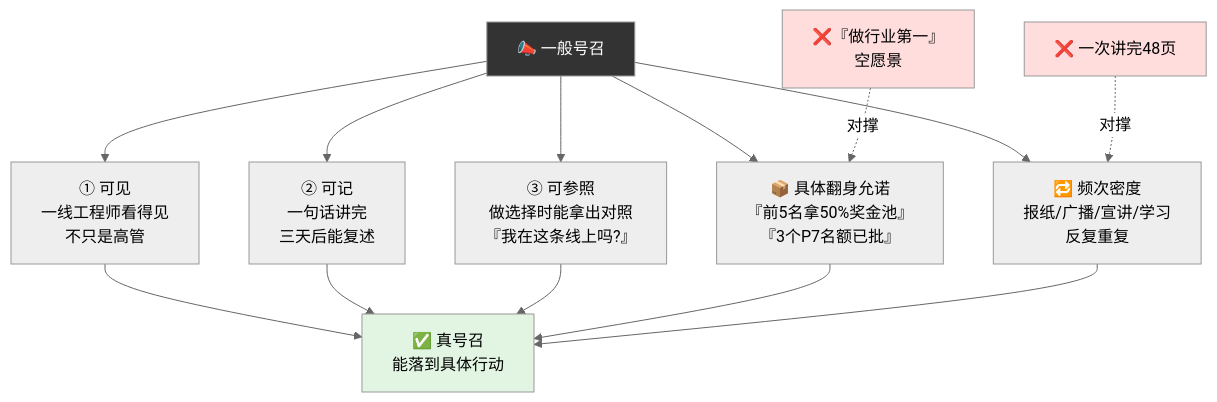
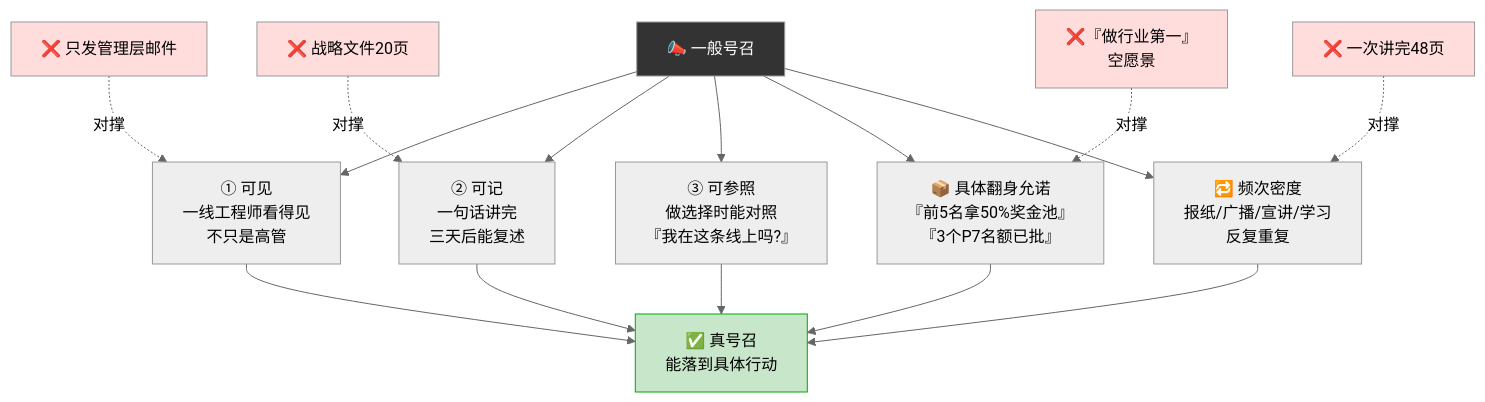
One commit to chongyang211/YCBookBlog changed the fifth of 12 diagrams in packages/website/13.书籍/01.毛选实战心法/30.动员群众指导法.md. Above: the diagram before and after it, drawn with Mermaid (neutral theme). The commit also changed other lines of this file and 10 other files, not shown here.

````diff
--- a/packages/website/13.书籍/01.毛选实战心法/30.动员群众指导法.md
+++ b/packages/website/13.书籍/01.毛选实战心法/30.动员群众指导法.md
@@ -144,20 +239,24 @@
 ```mermaid
 graph TB
     Call["📣 一般号召"]
     Call --> V1["① 可见<br/>一线工程师看得见<br/>不只是高管"]
     Call --> V2["② 可记<br/>一句话讲完<br/>三天后能复述"]
-    Call --> V3["③ 可参照<br/>做选择时能拿出对照<br/>『我在这条线上吗?』"]
+    Call --> V3["③ 可参照<br/>做选择时能对照<br/>『我在这条线上吗?』"]
 
     Call --> P1["📦 具体翻身允诺<br/>『前5名拿50%奖金池』<br/>『3个P7名额已批』"]
     Call --> P2["🔁 频次密度<br/>报纸/广播/宣讲/学习<br/>反复重复"]
 
     Wrong1["❌『做行业第一』<br/>空愿景"] -.对撑.-> P1
     Wrong2["❌ 一次讲完48页"] -.对撑.-> P2
+    Wrong3["❌ 只发管理层邮件"] -.对撑.-> V1
+    Wrong4["❌ 战略文件20页"] -.对撑.-> V2
 
     V1 & V2 & V3 & P1 & P2 --> OK["✅ 真号召<br/>能落到具体行动"]
 
     style Call fill:#333,color:#fff
     style Wrong1 fill:#fdd
     style Wrong2 fill:#fdd
-    style OK fill:#e2f5e2
+    style Wrong3 fill:#fdd
+    style Wrong4 fill:#fdd
+    style OK fill:#c8e6c9,stroke:#0a0
 ```
````
